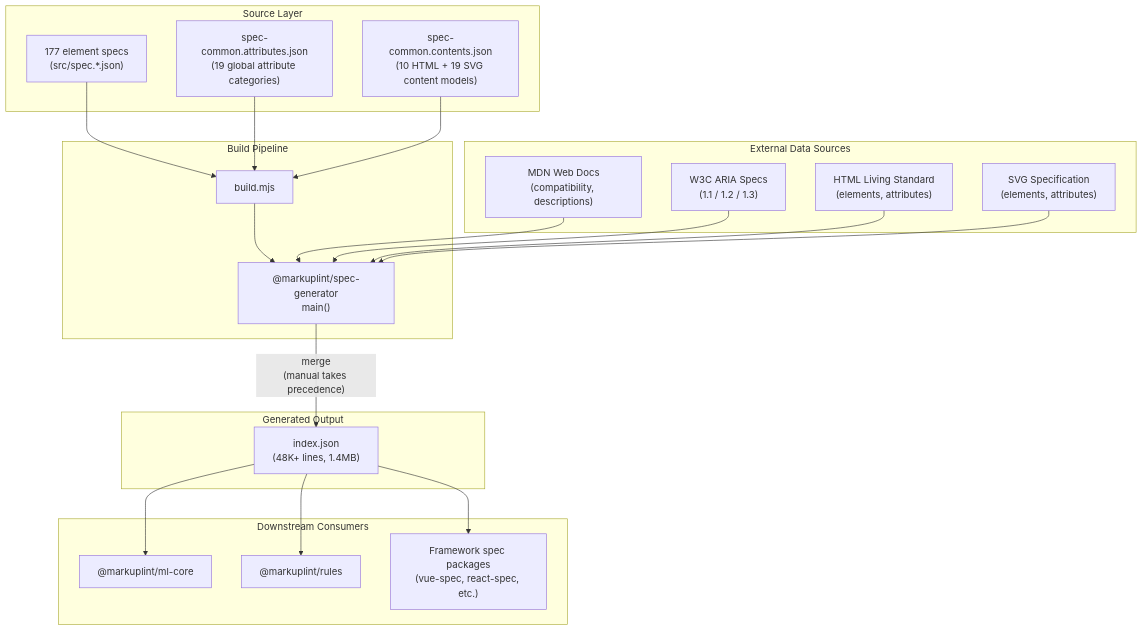
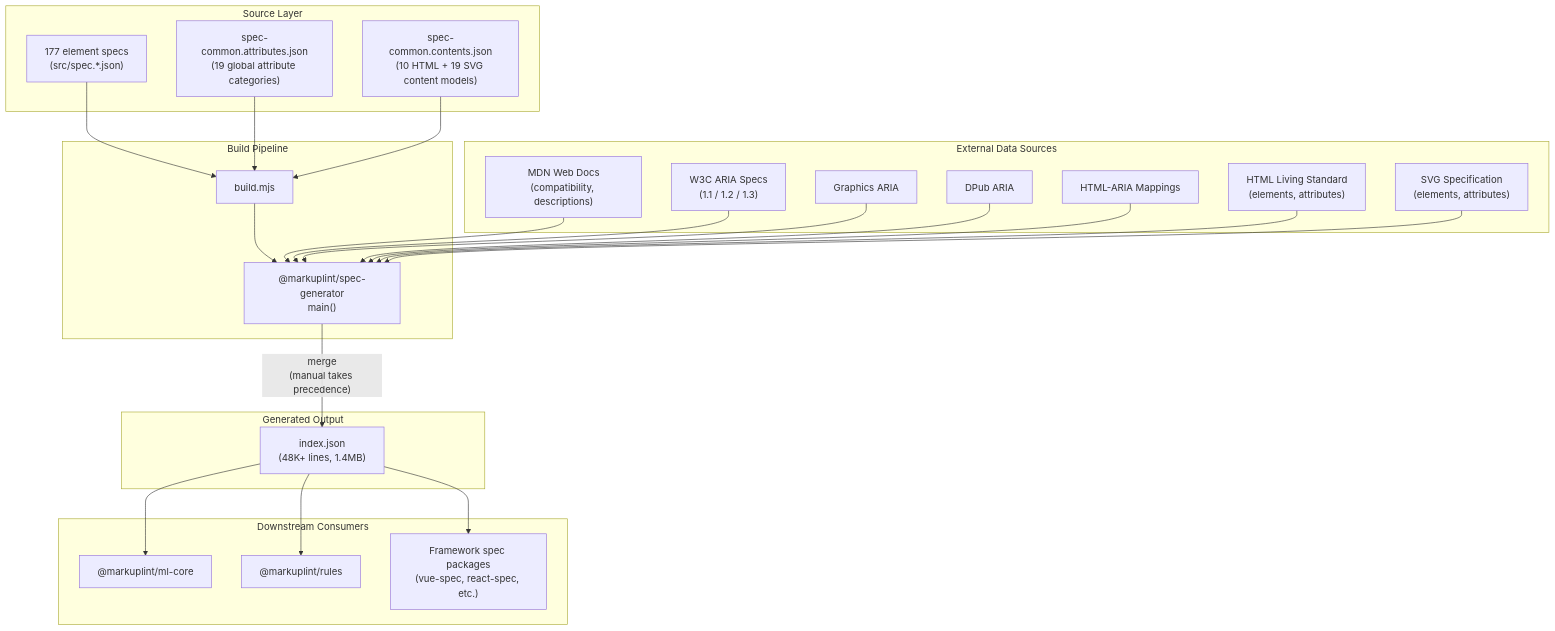
Before and after one commit to markuplint/markuplint: the first of 2 diagrams in packages/@markuplint/html-spec/ARCHITECTURE.md, drawn with Mermaid. The commit also changed other lines of this file and 1 other file, not shown here.

Commit message:
docs(html-spec): add Graphics ARIA, DPub ARIA, and HTML-ARIA to data source documentation

````diff
--- a/packages/@markuplint/html-spec/ARCHITECTURE.md
+++ b/packages/@markuplint/html-spec/ARCHITECTURE.md
@@ -30,46 +30,52 @@
 ```mermaid
 flowchart TD
     subgraph sources ["Source Layer"]
         elemSpecs["177 element specs\n(src/spec.*.json)"]
         commonAttrs["spec-common.attributes.json\n(19 global attribute categories)"]
         commonContents["spec-common.contents.json\n(10 HTML + 19 SVG content models)"]
     end
 
     subgraph build ["Build Pipeline"]
         buildScript["build.mjs"]
         specGen["@markuplint/spec-generator\nmain()"]
     end
 
     subgraph external ["External Data Sources"]
         mdn["MDN Web Docs\n(compatibility, descriptions)"]
         aria["W3C ARIA Specs\n(1.1 / 1.2 / 1.3)"]
+        graphicsAria["Graphics ARIA"]
+        dpubAria["DPub ARIA"]
+        htmlAria["HTML-ARIA Mappings"]
         htmlLS["HTML Living Standard\n(elements, attributes)"]
         svg["SVG Specification\n(elements, attributes)"]
     end
 
     subgraph output ["Generated Output"]
         indexJson["index.json\n(48K+ lines, 1.4MB)"]
     end
 
     subgraph consumers ["Downstream Consumers"]
         mlCore["@markuplint/ml-core"]
         rules["@markuplint/rules"]
         fwSpecs["Framework spec packages\n(vue-spec, react-spec, etc.)"]
     end
 
     elemSpecs --> buildScript
     commonAttrs --> buildScript
     commonContents --> buildScript
     buildScript --> specGen
 
     mdn --> specGen
     aria --> specGen
+    graphicsAria --> specGen
+    dpubAria --> specGen
+    htmlAria --> specGen
     htmlLS --> specGen
     svg --> specGen
 
     specGen -->|"merge\n(manual takes precedence)"| indexJson
 
     indexJson --> mlCore
     indexJson --> rules
     indexJson --> fwSpecs
 ```
````
